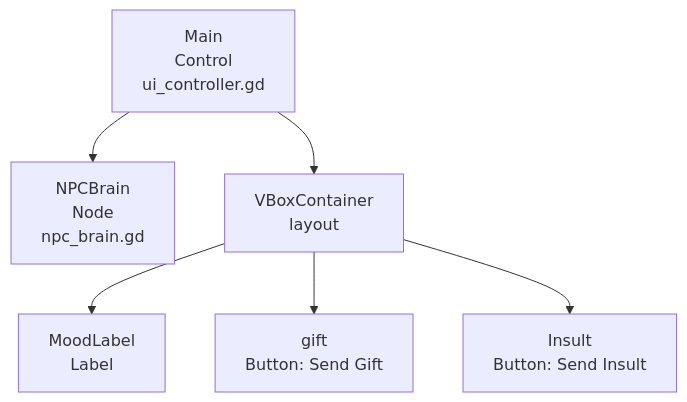
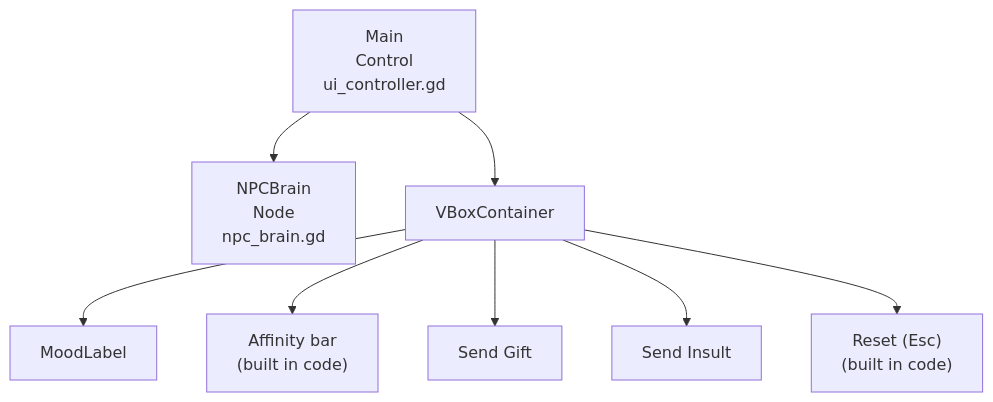
Before and after one commit to JoshuaOmosa/NeuroDialogue: the first of 5 diagrams in README.md, drawn with Mermaid. The commit also changed other lines of this file and 4 other files, not shown here.

First line of the commit message:
feat: explicit Mood state machine with signals, affinity bar, reset

````diff
--- a/README.md
+++ b/README.md
@@ -50,15 +46,19 @@
 ```mermaid
 flowchart TD
     Main["Main<br/>Control<br/>ui_controller.gd"]
     Brain["NPCBrain<br/>Node<br/>npc_brain.gd"]
-    VBox["VBoxContainer<br/>layout"]
-    Label["MoodLabel<br/>Label"]
-    Gift["gift<br/>Button: Send Gift"]
-    Insult["Insult<br/>Button: Send Insult"]
+    VBox["VBoxContainer"]
+    Label["MoodLabel"]
+    Bar["Affinity bar<br/>(built in code)"]
+    Gift["Send Gift"]
+    Insult["Send Insult"]
+    Reset["Reset (Esc)<br/>(built in code)"]
 
     Main --> Brain
     Main --> VBox
     VBox --> Label
+    VBox --> Bar
     VBox --> Gift
     VBox --> Insult
+    VBox --> Reset
 ```
````
